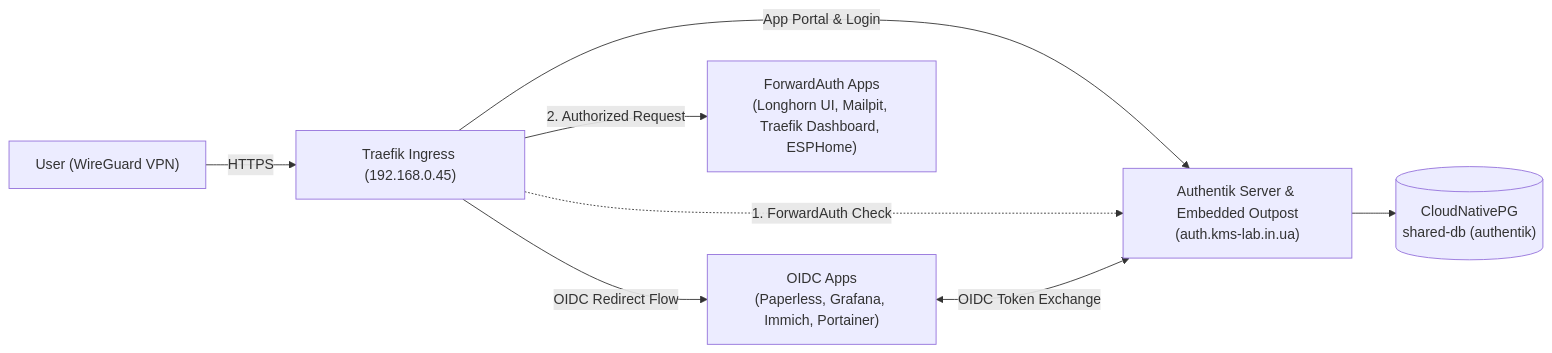
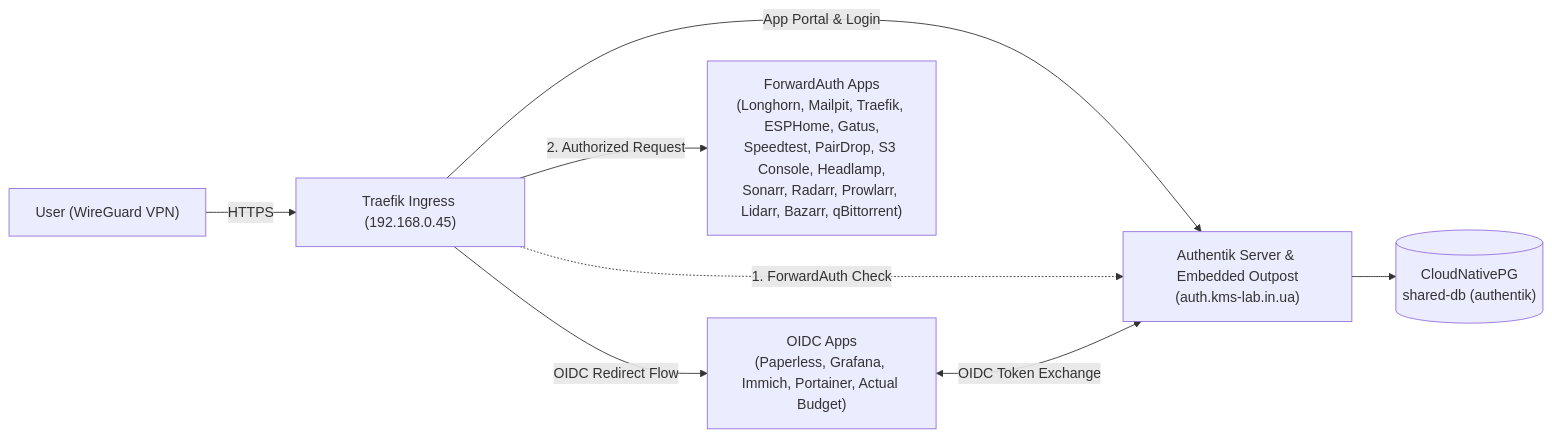
The diagram in docs/architecture/039-authentik-sso-idp.md (reidMaks/test), drawn with Mermaid before and after one commit. The commit also changed other lines of this file and 13 other files, not shown here.

````diff
--- a/docs/architecture/039-authentik-sso-idp.md
+++ b/docs/architecture/039-authentik-sso-idp.md
@@ -31,17 +31,17 @@
 ```mermaid
 flowchart LR
     User["User (WireGuard VPN)"]
     Traefik["Traefik Ingress (192.168.0.45)"]
     Authentik["Authentik Server & Embedded Outpost\n(auth.kms-lab.in.ua)"]
     CNPG[("CloudNativePG\nshared-db (authentik)")]
-    OIDCApps["OIDC Apps\n(Paperless, Grafana, Immich, Portainer)"]
-    ProxyApps["ForwardAuth Apps\n(Longhorn UI, Mailpit, Traefik Dashboard, ESPHome)"]
+    OIDCApps["OIDC Apps\n(Paperless, Grafana, Immich, Portainer, Actual Budget)"]
+    ProxyApps["ForwardAuth Apps\n(Longhorn, Mailpit, Traefik, ESPHome, Gatus,\nSpeedtest, PairDrop, S3 Console, Headlamp,\nSonarr, Radarr, Prowlarr, Lidarr, Bazarr, qBittorrent)"]
 
     User -->|HTTPS| Traefik
     Traefik -->|App Portal & Login| Authentik
     Authentik --> CNPG
     Traefik -.->|1. ForwardAuth Check| Authentik
     Traefik -->|2. Authorized Request| ProxyApps
     Traefik -->|OIDC Redirect Flow| OIDCApps
     OIDCApps <-->|OIDC Token Exchange| Authentik
 ```
````
